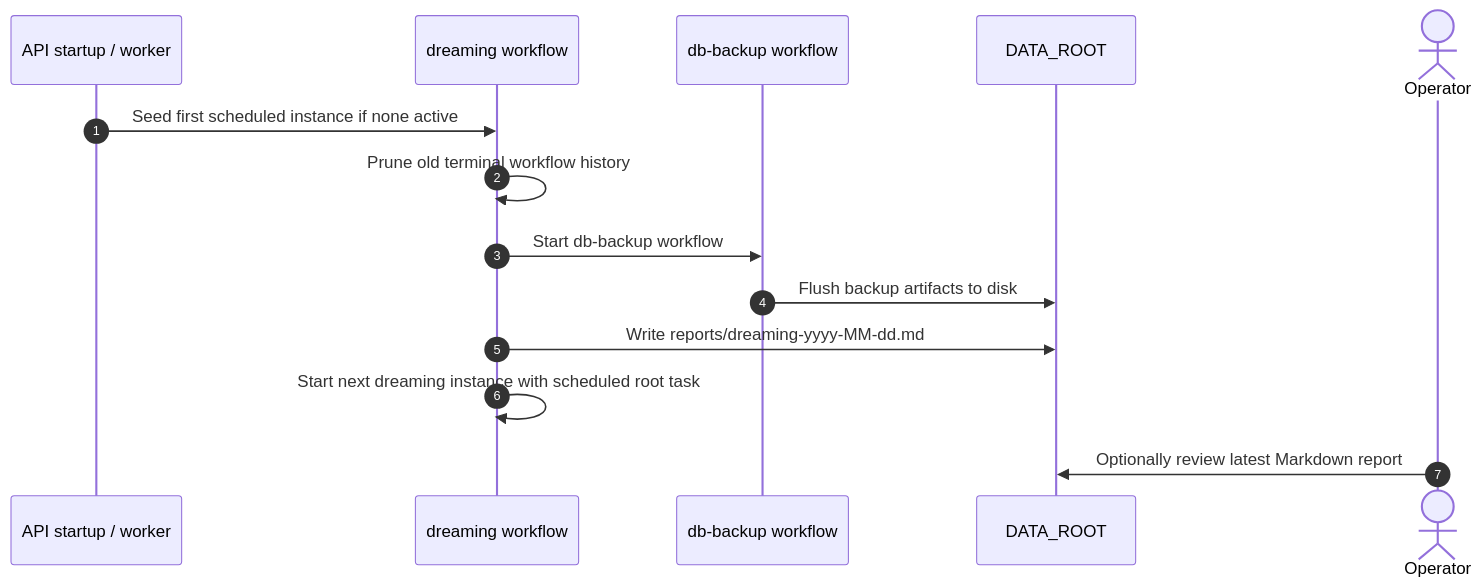
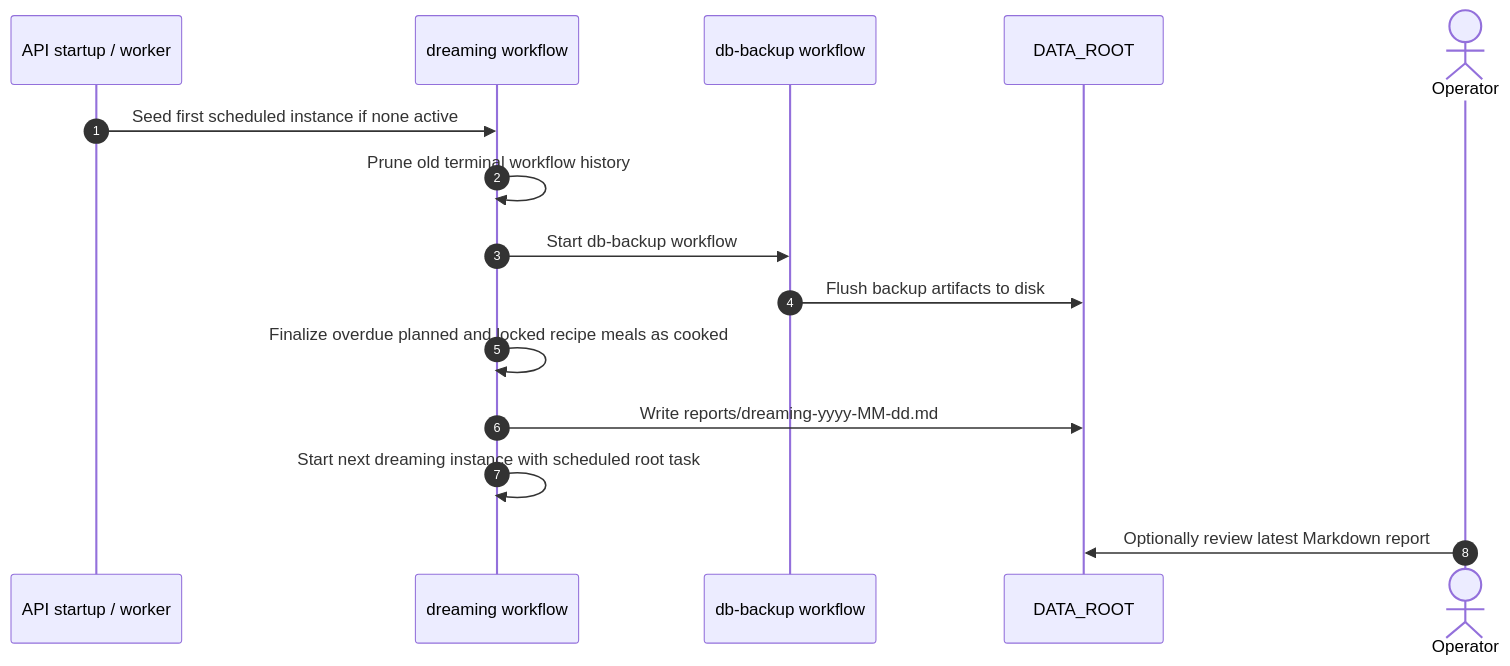
Before and after one commit to AlexandreBrisebois/whats-for-supper: the first of 2 diagrams in docs/flows/user-flows/dreaming-maintenance-operations.md, drawn with Mermaid. The commit also changed other lines of this file and 4 other files, not shown here.

Commit message:
feat: enhance ScheduleService with clock injection for LastCookedDate and add tests for recipe validation and removal

````diff
--- a/docs/flows/user-flows/dreaming-maintenance-operations.md
+++ b/docs/flows/user-flows/dreaming-maintenance-operations.md
@@ -9,17 +9,18 @@
 ```mermaid
 sequenceDiagram
     autonumber
     participant API as API startup / worker
     participant Dreaming as dreaming workflow
     participant Backup as db-backup workflow
     participant DataRoot as DATA_ROOT
     actor Operator
 
     API->>Dreaming: Seed first scheduled instance if none active
     Dreaming->>Dreaming: Prune old terminal workflow history
     Dreaming->>Backup: Start db-backup workflow
     Backup->>DataRoot: Flush backup artifacts to disk
+    Dreaming->>Dreaming: Finalize overdue planned and locked recipe meals as cooked
     Dreaming->>DataRoot: Write reports/dreaming-yyyy-MM-dd.md
     Dreaming->>Dreaming: Start next dreaming instance with scheduled root task
     Operator->>DataRoot: Optionally review latest Markdown report
 ```
````
